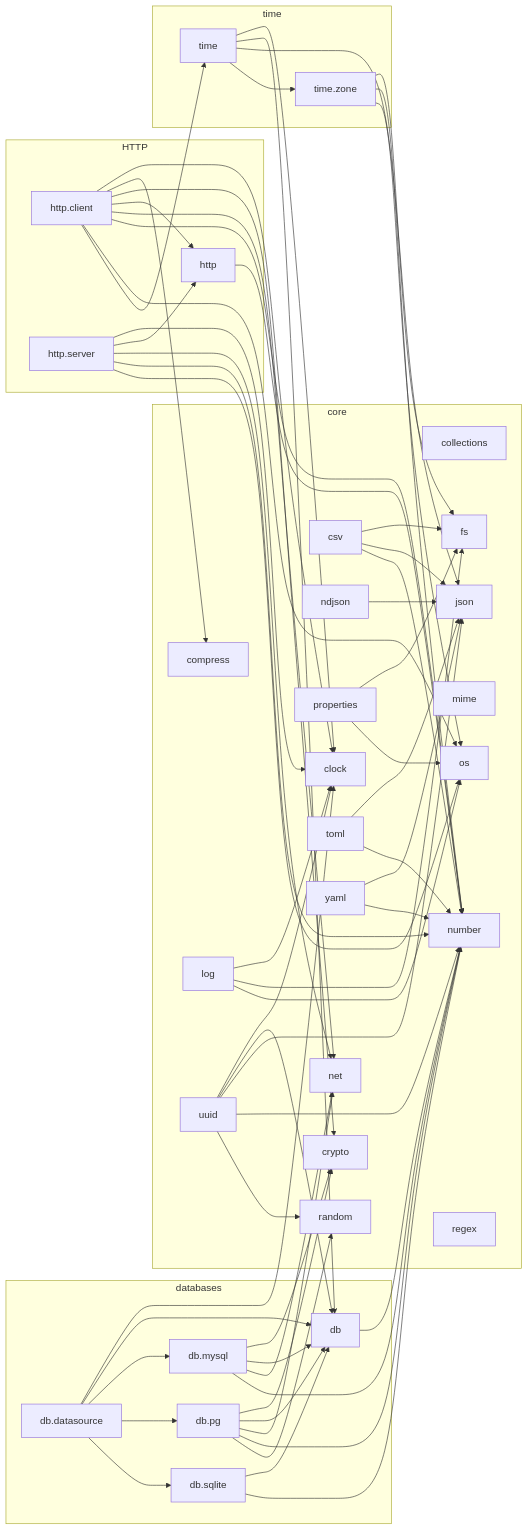
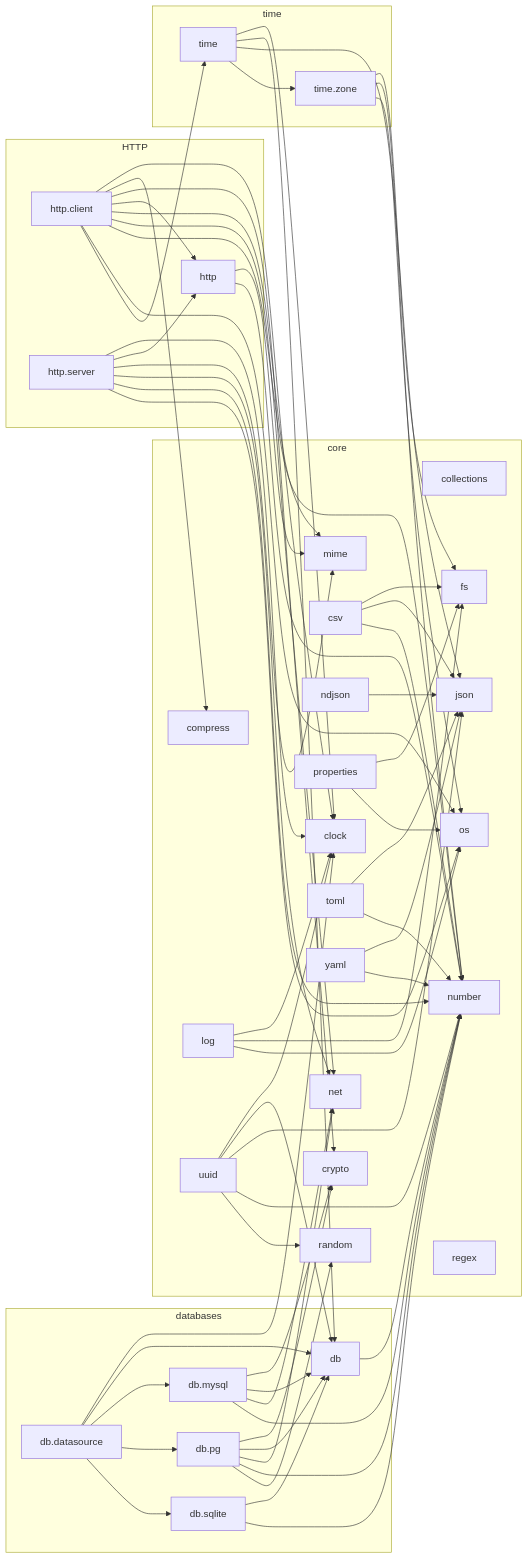
The diagram in docs/lib/dependencies.md (vasnatech/ziman), drawn with Mermaid before and after one commit. The commit also changed other lines of this file and 9 other files, not shown here.

Commit message:
http: Content-Type/Accept helpers and media_response built on mime; 406/415 statuses

```diff
--- a/docs/lib/dependencies.md
+++ b/docs/lib/dependencies.md
@@ -48,6 +48,7 @@
     client --> compress
     client --> crypto
     client --> http
+    client --> mime
     client --> net
     client --> number
     client --> os
@@ -61,6 +62,7 @@
     datasource --> pg
     datasource --> sqlite
     db --> number
+    http --> mime
     http --> number
     log --> clock
     log --> fs
@@ -79,6 +81,7 @@
     properties --> os
     server --> clock
     server --> http
+    server --> mime
     server --> net
     server --> number
     server --> os
```
